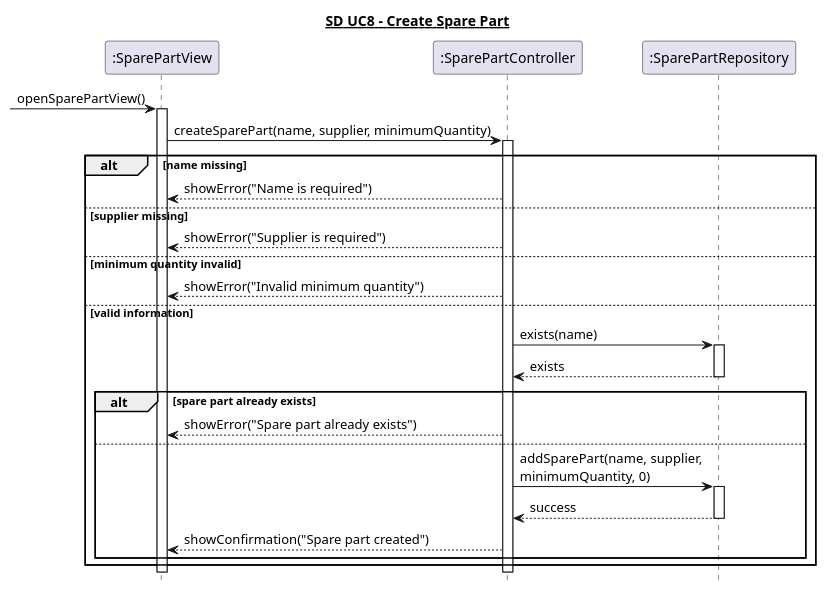
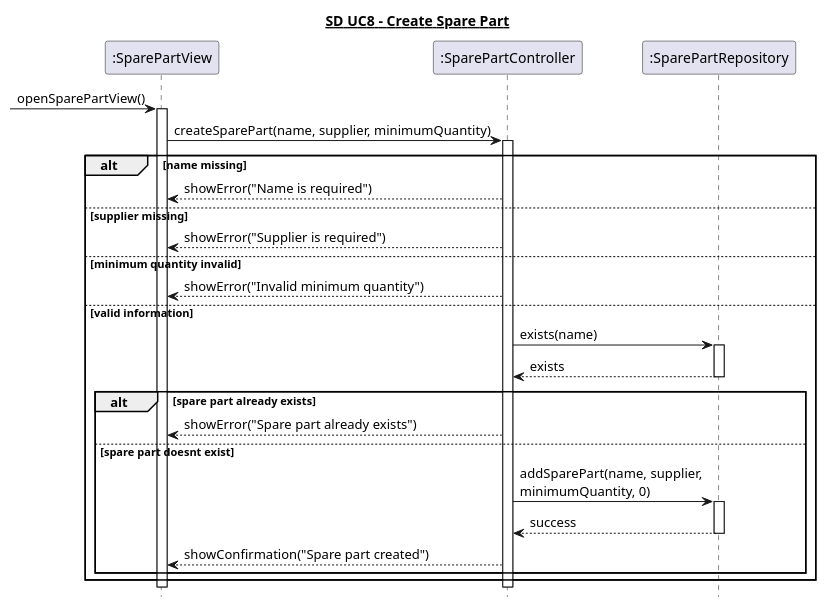
Before and after one commit to Zoabz/Getting-Real: the diagram in 6. Sekvensdiagrammer/UC8_opret_reservedel.puml, drawn with PlantUML. The commit also changed 15 other files, not shown here.

```diff
--- a/6. Sekvensdiagrammer/UC8_opret_reservedel.puml
+++ b/6. Sekvensdiagrammer/UC8_opret_reservedel.puml
@@ -1,46 +1,46 @@
 @startuml
 hide footbox
 title <U>SD UC8 - Create Spare Part
 
 participant ":SparePartView" as View
 participant ":SparePartController" as Controller
 participant ":SparePartRepository" as Repository
 
 [-> View : openSparePartView()
 activate View
 
 View -> Controller : createSparePart(name, supplier, minimumQuantity)
 activate Controller
 
 alt name missing
     Controller --> View : showError("Name is required")
 
 else supplier missing
     Controller --> View : showError("Supplier is required")
 
 else minimum quantity invalid
     Controller --> View : showError("Invalid minimum quantity")
 
 else valid information
     Controller -> Repository : exists(name)
     activate Repository
     Repository --> Controller : exists
     deactivate Repository
 
     alt spare part already exists
         Controller --> View : showError("Spare part already exists")
 
-    else 
+    else spare part doesnt exist 
         Controller -> Repository : addSparePart(name, supplier,\nminimumQuantity, 0)
         activate Repository
         Repository --> Controller : success
         deactivate Repository
 
         Controller --> View : showConfirmation("Spare part created")
     end
 end
 
 deactivate Controller
 deactivate View
 
 @enduml
```
